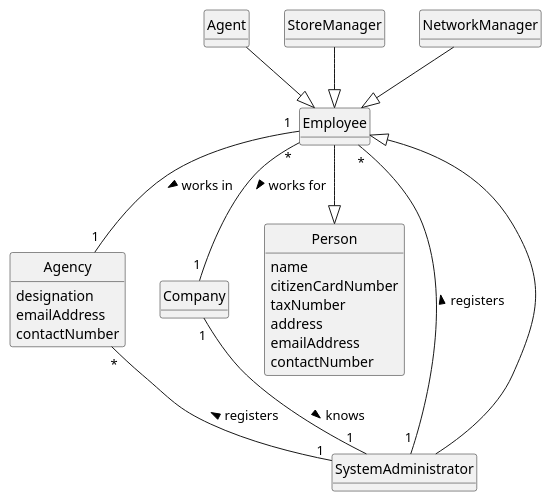
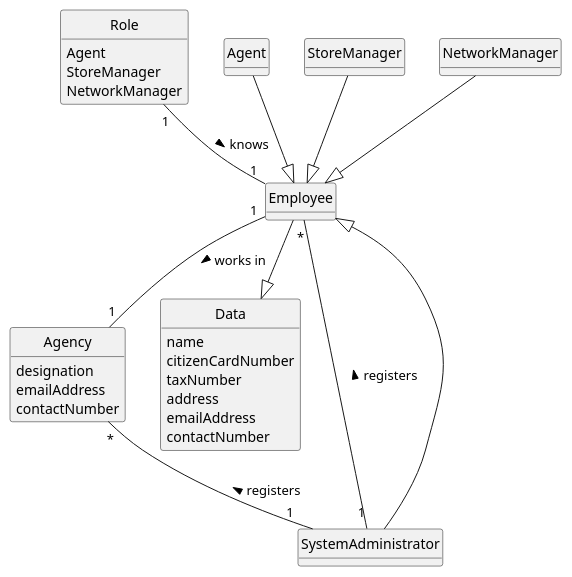
The diagram in docs/sprintB/us003/02.analysis/puml/us003-domain-model.puml (rita-barbosa/LAPR2-2223), drawn with PlantUML before and after one commit.

Commit message:
Update Domain Model [US3][Analysis]

```diff
--- a/docs/sprintB/us003/02.analysis/puml/us003-domain-model.puml
+++ b/docs/sprintB/us003/02.analysis/puml/us003-domain-model.puml
@@ -1,56 +1,62 @@
 @startuml
 skinparam monochrome true
 skinparam packageStyle rectangle
 skinparam shadowing false
 
 'left to right direction
 
 skinparam classAttributeIconSize 0
 
 hide circle
 hide methods
 
 class SystemAdministrator {}
 
-class Company {}
 
 class Employee {}
+
+class Role{
+Agent
+StoreManager
+NetworkManager
+}
 
 class Agent{
 }
 
 class StoreManager{
 }
 class NetworkManager{
 }
 
-class Person{
+class Data{
 name
 citizenCardNumber
 taxNumber
 address
 emailAddress
 contactNumber
 }
 
 
 class Agency {
 designation
 emailAddress
 contactNumber
 }
 
 
-Company "1" -- "1" SystemAdministrator : knows >
+
 SystemAdministrator -|> Employee
 SystemAdministrator "1" -- "*" Employee: registers >
 SystemAdministrator "1" -up- "*" Agency: registers >
-Employee "*" -- "1" Company : works for >
+
 Employee "1" -- "1" Agency: works in  >
-Person  <|-up-  Employee
+Role "1" -- "1" Employee: knows  >
+Data  <|-up-  Employee
 Agent  --|> Employee
 StoreManager --|> Employee
 NetworkManager --|> Employee
 
 
 @enduml
```
